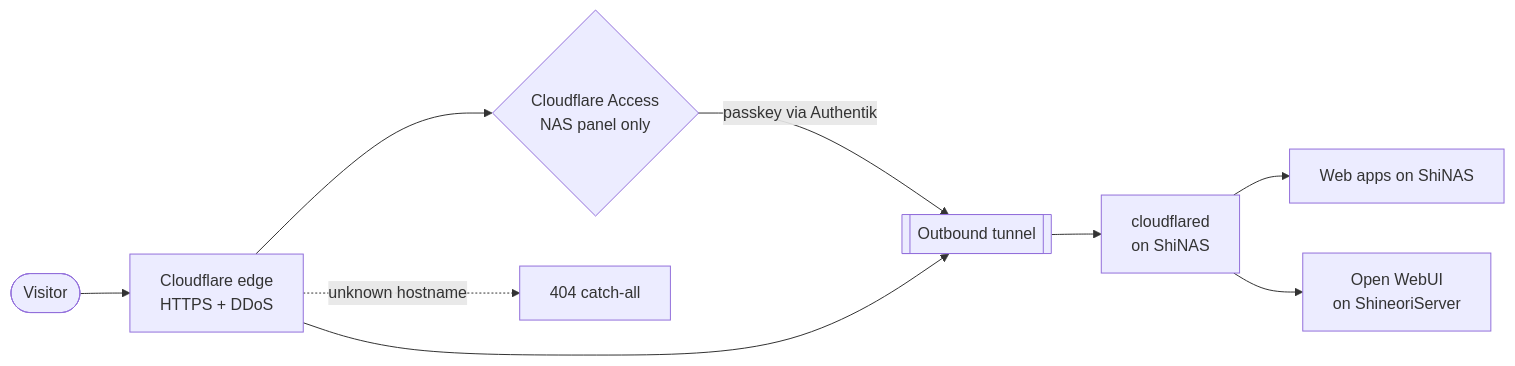
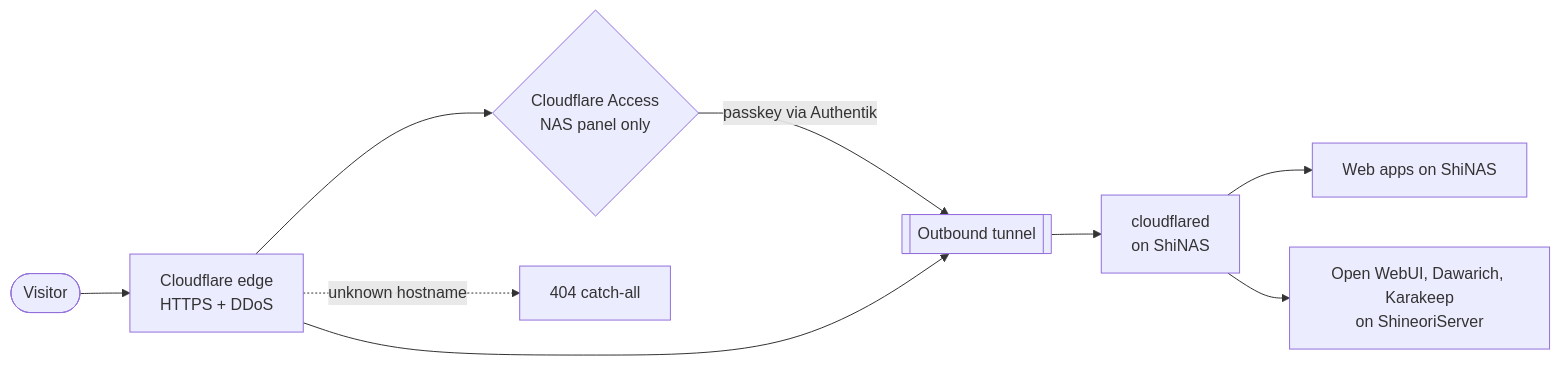
One commit to Shineori/homelab changed the first of 2 diagrams in docs/services/cloudflared.md. Above: the diagram before and after it, drawn with Mermaid. The commit also changed other lines of this file and 28 other files, not shown here.

First line of the commit message:
Move six services from ShiNAS to ShineoriServer

````diff
--- a/docs/services/cloudflared.md
+++ b/docs/services/cloudflared.md
@@ -24,11 +24,11 @@
 ```mermaid
 flowchart LR
     v([Visitor]) --> edge[Cloudflare edge<br/>HTTPS + DDoS]
     edge --> acc{Cloudflare Access<br/>NAS panel only}
     acc -- passkey via Authentik --> tun
     edge --> tun[[Outbound tunnel]]
     tun --> cfd[cloudflared<br/>on ShiNAS]
     cfd --> apps[Web apps on ShiNAS]
-    cfd --> ai[Open WebUI<br/>on ShineoriServer]
+    cfd --> ai[Open WebUI, Dawarich, Karakeep<br/>on ShineoriServer]
     edge -. unknown hostname .-> x[404 catch-all]
 ```
````
